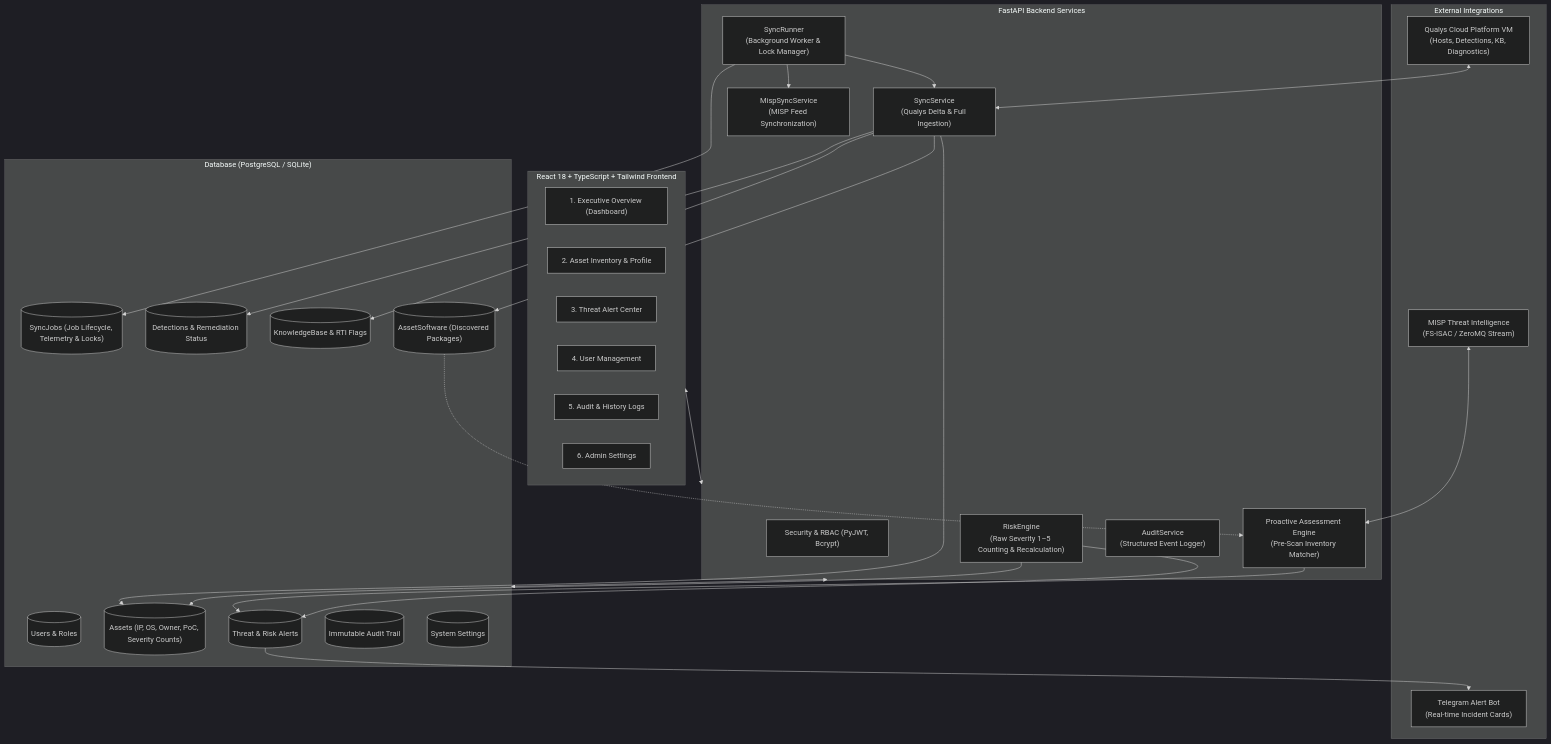
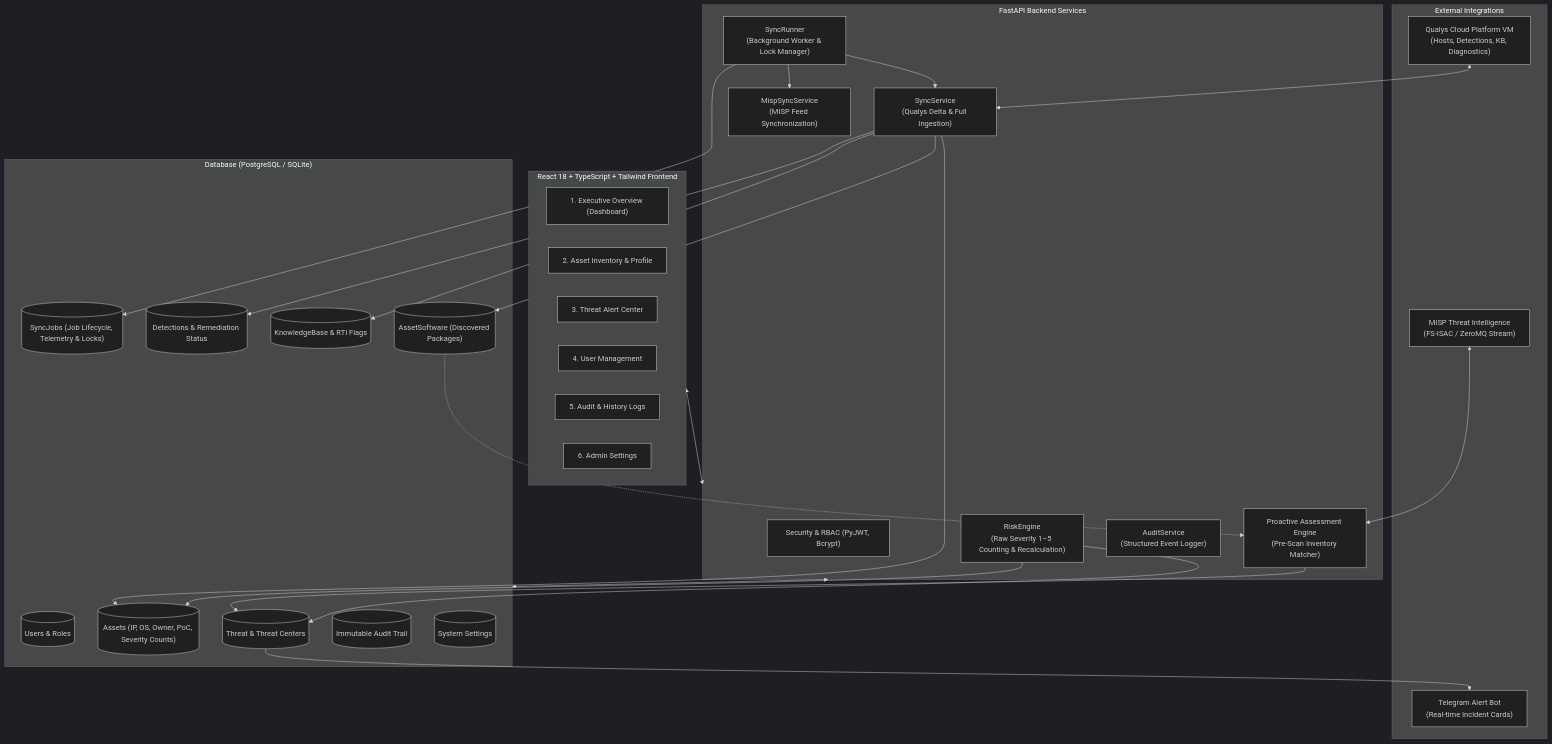
One commit to kimsrung/nb_vul_dashboard changed the first of 5 diagrams in docs/overview.md. Above: the diagram before and after it, drawn with Mermaid (dark theme). The commit also changed other lines of this file and 27 other files, not shown here.

Commit message:
Change title from Risk Alert to Threat Center

````diff
--- a/docs/overview.md
+++ b/docs/overview.md
@@ -11,57 +11,57 @@
 ```mermaid
 flowchart TD
     subgraph External_Integrations["External Integrations"]
         QUALYS["Qualys Cloud Platform VM<br/>(Hosts, Detections, KB, Diagnostics)"]
         MISP["MISP Threat Intelligence<br/>(FS-ISAC / ZeroMQ Stream)"]
         TG["Telegram Alert Bot<br/>(Real-time Incident Cards)"]
     end
 
     subgraph Backend_Core["FastAPI Backend Services"]
         AUTH_SVC["Security & RBAC (PyJWT, Bcrypt)"]
         SYNC_RUNNER["SyncRunner<br/>(Background Worker & Lock Manager)"]
         SYNC_SVC["SyncService<br/>(Qualys Delta & Full Ingestion)"]
         MISP_SYNC["MispSyncService<br/>(MISP Feed Synchronization)"]
         RISK_ENG["RiskEngine<br/>(Raw Severity 1–5 Counting & Recalculation)"]
         MISP_ENG["Proactive Assessment Engine<br/>(Pre-Scan Inventory Matcher)"]
         AUDIT_SVC["AuditService<br/>(Structured Event Logger)"]
     end
 
     subgraph Database["Database (PostgreSQL / SQLite)"]
         DB_USER[("Users & Roles")]
         DB_SYNC[("SyncJobs (Job Lifecycle, Telemetry & Locks)")]
         DB_ASSET[("Assets (IP, OS, Owner, PoC, Severity Counts)")]
         DB_DET[("Detections & Remediation Status")]
         DB_KB[("KnowledgeBase & RTI Flags")]
         DB_SW[("AssetSoftware (Discovered Packages)")]
-        DB_ALERT[("Threat & Risk Alerts")]
+        DB_ALERT[("Threat & Threat Centers")]
         DB_AUDIT[("Immutable Audit Trail")]
         DB_SETTING[("System Settings")]
     end
 
     subgraph Frontend_App["React 18 + TypeScript + Tailwind Frontend"]
         MOD1["1. Executive Overview (Dashboard)"]
         MOD2["2. Asset Inventory & Profile"]
         MOD3["3. Threat Alert Center"]
         MOD4["4. User Management"]
         MOD5["5. Audit & History Logs"]
         MOD6["6. Admin Settings"]
     end
 
     QUALYS <--> SYNC_SVC
     MISP <--> MISP_ENG
     SYNC_RUNNER --> SYNC_SVC
     SYNC_RUNNER --> MISP_SYNC
     SYNC_RUNNER --> DB_SYNC
     SYNC_SVC --> DB_ASSET
     SYNC_SVC --> DB_DET
     SYNC_SVC --> DB_KB
     SYNC_SVC --> DB_SW
     DB_SW -.-> MISP_ENG
     MISP_ENG --> DB_ALERT
     RISK_ENG --> DB_ASSET
     RISK_ENG --> DB_ALERT
     DB_ALERT --> TG
 
     Frontend_App <--> Backend_Core
     Backend_Core <--> Database
 ```
````
